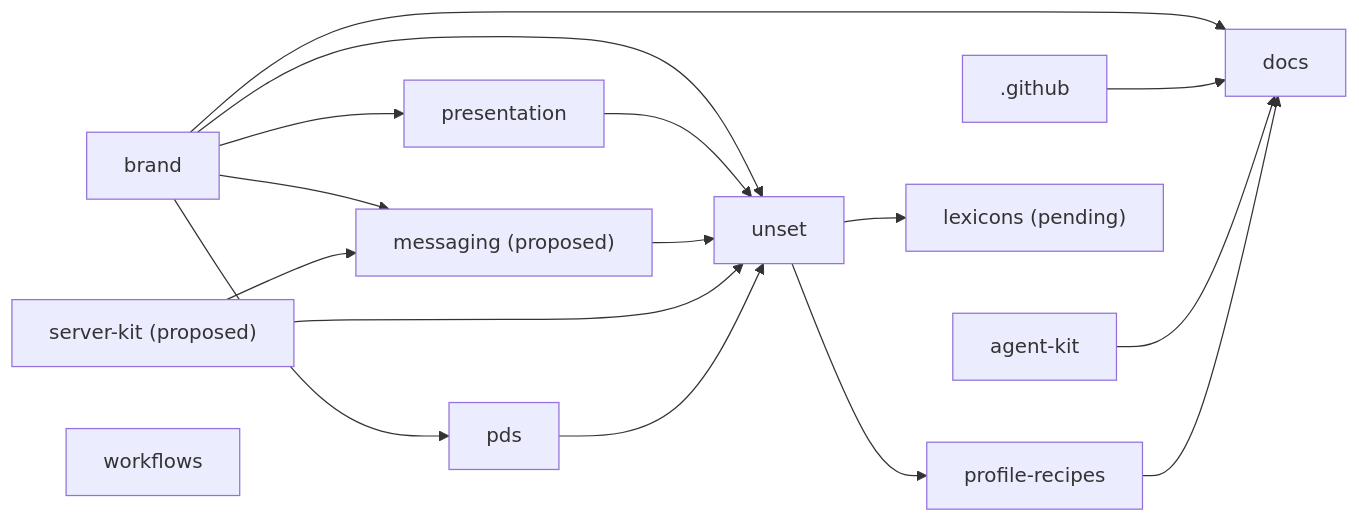
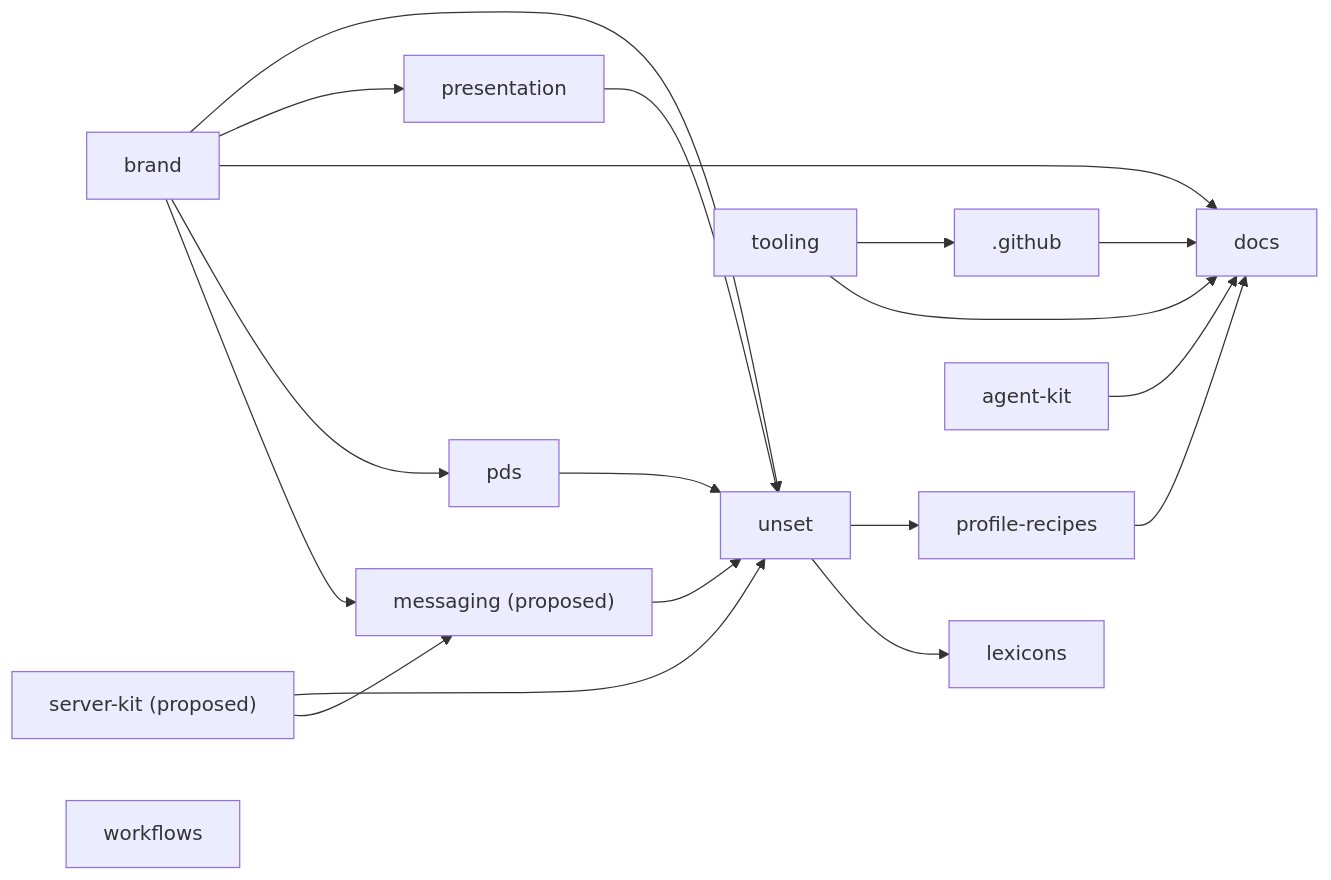
The diagram in MAP.md (unset-sh/.github), drawn with Mermaid before and after one commit. The commit also changed other lines of this file and 29 other files, not shown here.

````diff
--- a/MAP.md
+++ b/MAP.md
@@ -32,30 +33,33 @@
 ```mermaid
 flowchart LR
   r_unset["unset"]
   r__github[".github"]
+  r_tooling["tooling"]
   r_brand["brand"]
   r_presentation["presentation"]
   r_profile_recipes["profile-recipes"]
   r_docs["docs"]
   r_pds["pds"]
-  r_lexicons["lexicons (pending)"]
+  r_lexicons["lexicons"]
   r_messaging["messaging (proposed)"]
   r_server_kit["server-kit (proposed)"]
   r_agent_kit["agent-kit"]
   r_workflows["workflows"]
   r_brand --> r_unset
   r_presentation --> r_unset
   r_messaging --> r_unset
   r_server_kit --> r_unset
   r_pds --> r_unset
+  r_tooling --> r__github
   r_brand --> r_presentation
   r_unset --> r_profile_recipes
   r_brand --> r_docs
   r__github --> r_docs
   r_agent_kit --> r_docs
   r_profile_recipes --> r_docs
+  r_tooling --> r_docs
   r_brand --> r_pds
   r_unset --> r_lexicons
   r_brand --> r_messaging
   r_server_kit --> r_messaging
 ```
````
